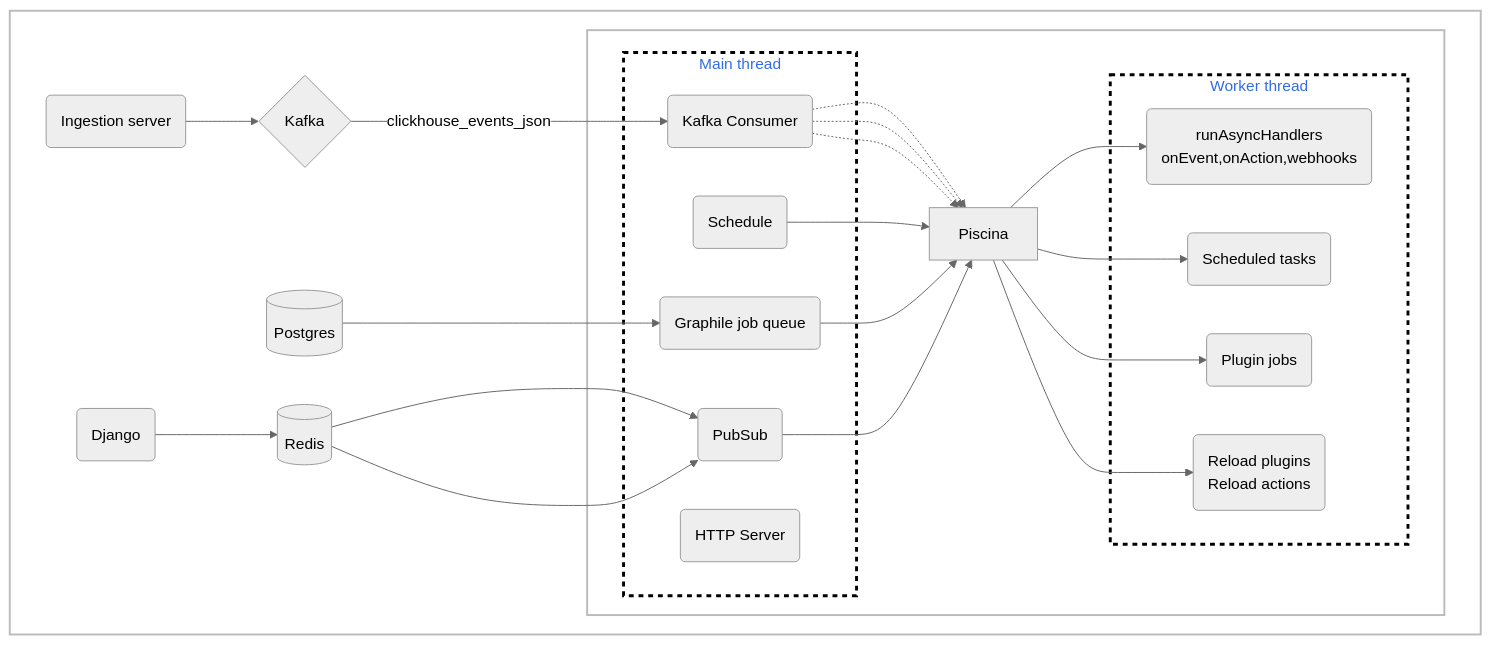
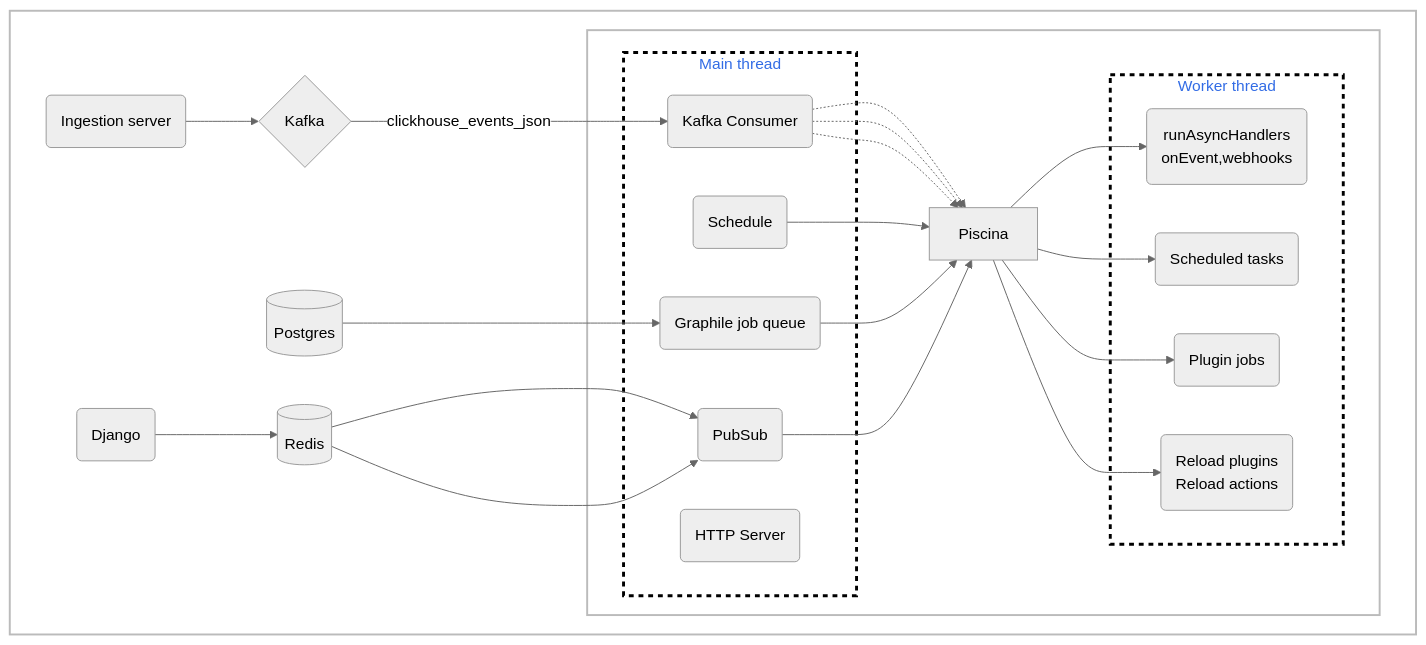
One commit to PostHog/posthog.com changed the diagram in contents/docs/self-host/runbook/plugin-server/diagrams/async-server.mdx. Above: the diagram before and after it, drawn with Mermaid (neutral theme). The commit also changed 3 other files, not shown here.

````diff
--- a/contents/docs/self-host/runbook/plugin-server/diagrams/async-server.mdx
+++ b/contents/docs/self-host/runbook/plugin-server/diagrams/async-server.mdx
@@ -1,74 +1,74 @@
 ```mermaid
 flowchart LR
 
     subgraph Wrapper [ ]
         direction LR
         Redis[(Redis)]
         Postgres[(Postgres)]
         Kafka{Kafka}
         Django(Django)
         IngestionServer(Ingestion server)
 
 
         subgraph PluginServerAsync [ ]
         
             KafkaConsumer(Kafka Consumer)
 
             Graphile(Graphile job queue)
             Piscina[Piscina]
             Schedule(Schedule)
             HttpServer(HTTP Server)
             PubSub(PubSub)
 
 
             subgraph MainThread [Main thread]
                 KafkaConsumer
                 PubSub
                 Graphile
                 HttpServer
                 Schedule
             end
 
             subgraph WorkerThread [Worker thread]
-                AsyncHandlers(runAsyncHandlers<BR>onEvent,onAction,webhooks)
+                AsyncHandlers(runAsyncHandlers<BR>onEvent,webhooks)
                 Scheduled(Scheduled tasks)
                 Jobs(Plugin jobs)
                 ReloadPlugins(Reload plugins<BR>Reload actions)
             end
 
         end
 
 
         Kafka --> |clickhouse_events_json| KafkaConsumer
         KafkaConsumer -.-> Piscina
         KafkaConsumer -.-> Piscina
         KafkaConsumer -.-> Piscina
 
         Piscina --> AsyncHandlers
         Schedule --> Piscina
         Piscina --> Scheduled
 
         Postgres --> Graphile
 
         Graphile --> Piscina
         Piscina --> Jobs
         IngestionServer --> Kafka
         Django --> Redis
         Redis --> PubSub
         Redis --> PubSub
 
 
         PubSub --> Piscina 
         Piscina --> ReloadPlugins
 
         %% Styles
 
         classDef sgraph fill:#fff,stroke-width:3px,stroke-dasharray:5,stroke:#000;
 
         class MainThread,WorkerThread sgraph;
         classDef plain fill:#ddd,stroke:#fff,stroke-width:4px,color:#000;
         classDef k8s fill:#326ce5,stroke:#fff,stroke-width:4px,color:#fff;
         classDef cluster fill:#fff,stroke:#bbb,stroke-width:2px,color:#326ce5;
 
    end
 ```
````
